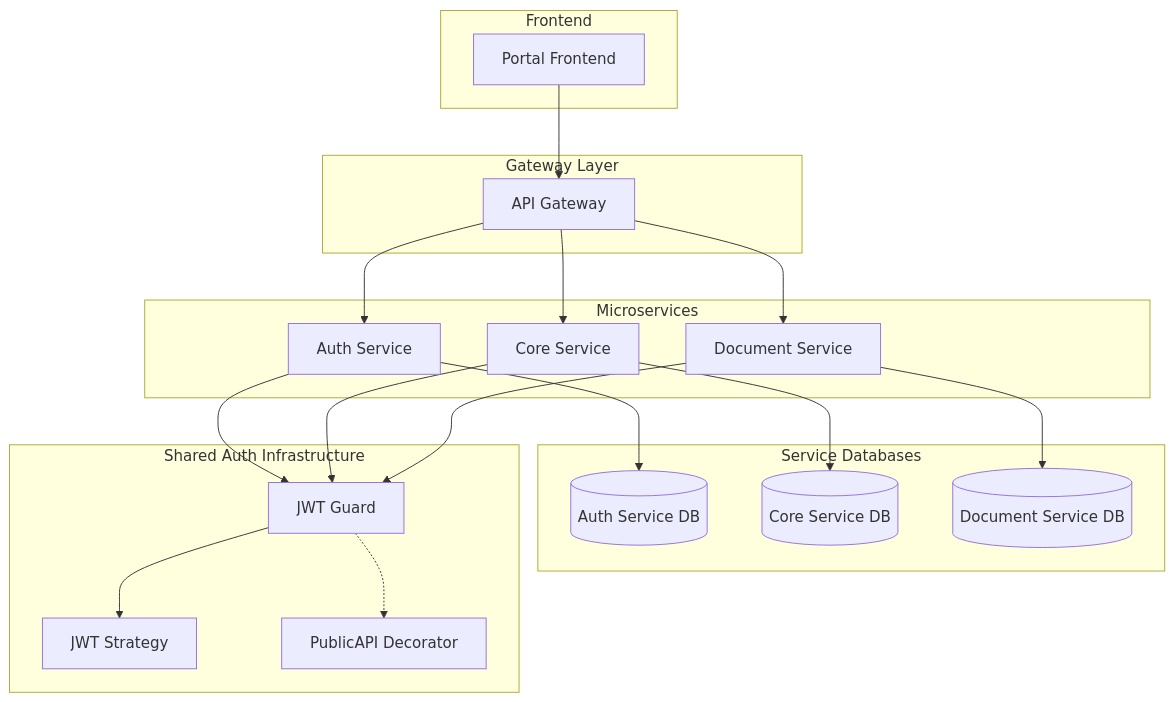
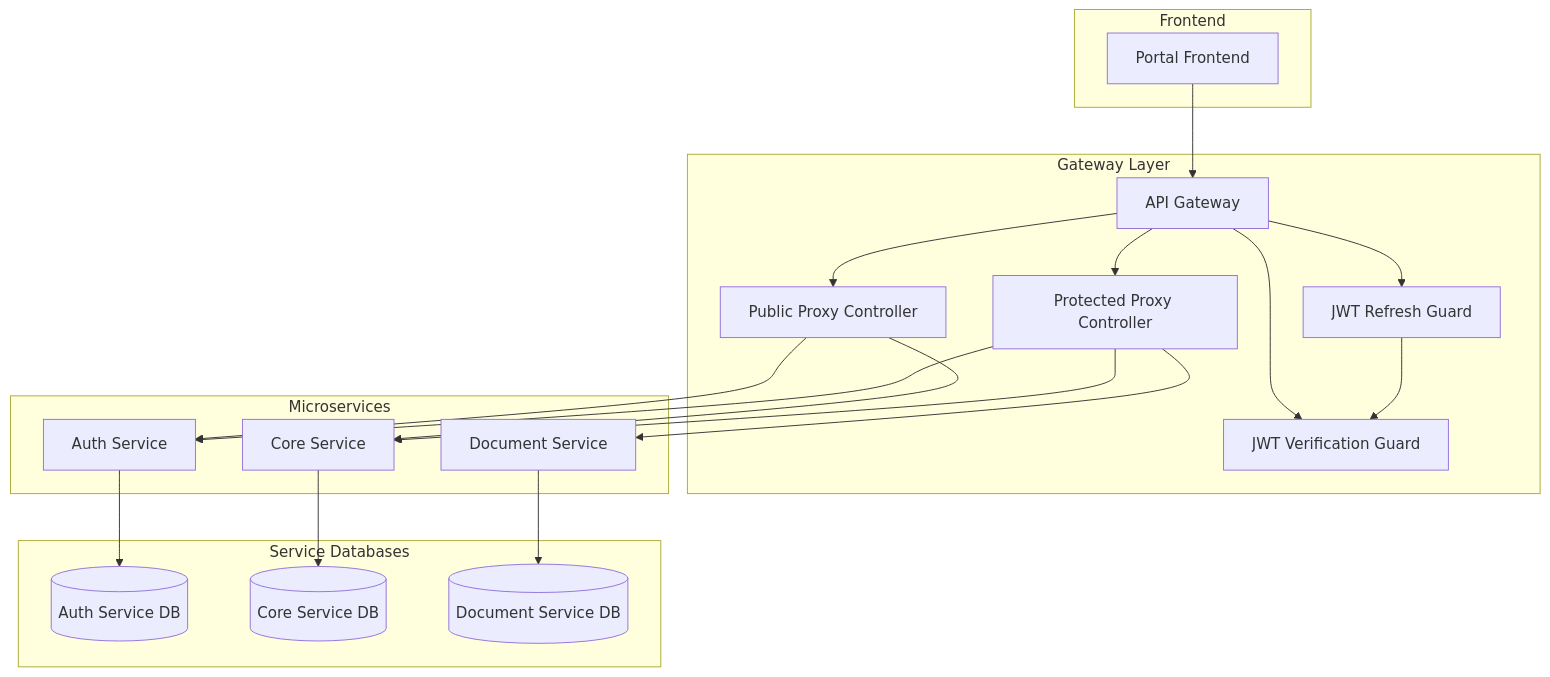
The first of 4 diagrams in docs/authentication_architecture.md (aoda-zhang/PawHaven-FullStack-React-NodeJS), drawn with Mermaid before and after one commit. The commit also changed other lines of this file and 11 other files, not shown here.

Commit message:
refactor(auth): remove old JWT middleware and implement guards for token refresh and verification

````diff
--- a/docs/authentication_architecture.md
+++ b/docs/authentication_architecture.md
@@ -23,43 +23,42 @@
 ```mermaid
 graph TB
     subgraph "Frontend"
         Portal[Portal Frontend]
     end
 
     subgraph "Gateway Layer"
         Gateway[API Gateway]
+        RefreshGuard[JWT Refresh Guard]
+        VerifyGuard[JWT Verification Guard]
+        PublicController[Public Proxy Controller]
+        ProtectedController[Protected Proxy Controller]
     end
 
     subgraph "Microservices"
         AuthService[Auth Service]
         CoreService[Core Service]
         DocumentService[Document Service]
     end
 
     subgraph "Service Databases"
         AuthDB[(Auth Service DB)]
         CoreDB[(Core Service DB)]
         DocumentDB[(Document Service DB)]
     end
 
-    subgraph "Shared Auth Infrastructure"
-        JWTGuard[JWT Guard]
-        JWTStrategy[JWT Strategy]
-        PublicAPI[PublicAPI Decorator]
-    end
-
     Portal --> Gateway
-    Gateway --> AuthService
-    Gateway --> CoreService
-    Gateway --> DocumentService
+    Gateway --> RefreshGuard
+    Gateway --> VerifyGuard
+    Gateway --> PublicController
+    Gateway --> ProtectedController
+    RefreshGuard --> VerifyGuard
+    PublicController --> AuthService
+    PublicController --> CoreService
+    ProtectedController --> AuthService
+    ProtectedController --> CoreService
+    ProtectedController --> DocumentService
 
     AuthService --> AuthDB
     CoreService --> CoreDB
     DocumentService --> DocumentDB
-
-    AuthService --> JWTGuard
-    CoreService --> JWTGuard
-    DocumentService --> JWTGuard
-    JWTGuard --> JWTStrategy
-    JWTGuard -.-> PublicAPI
 ```
````
